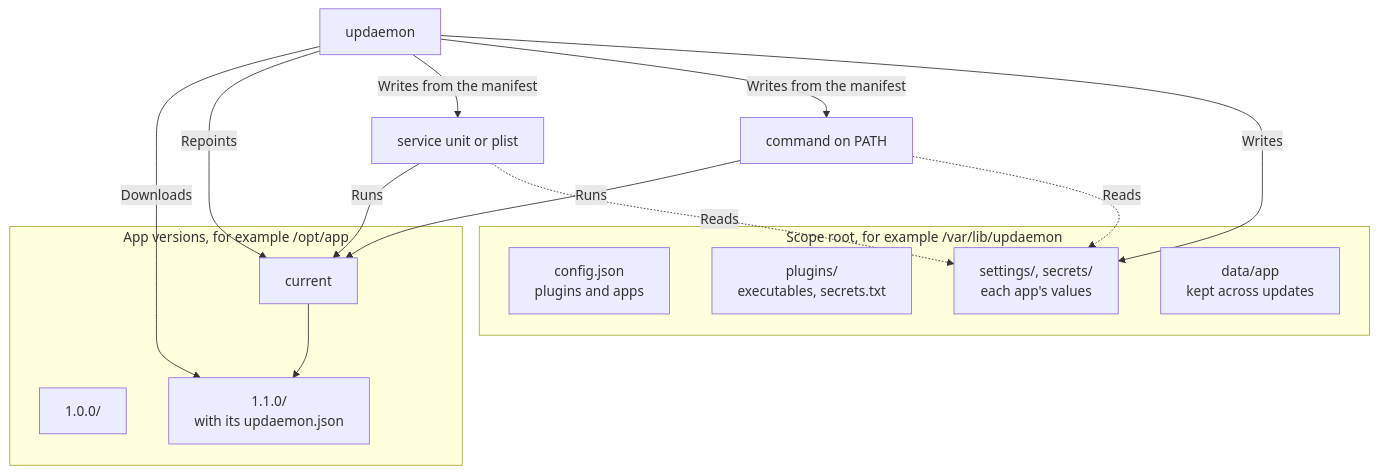
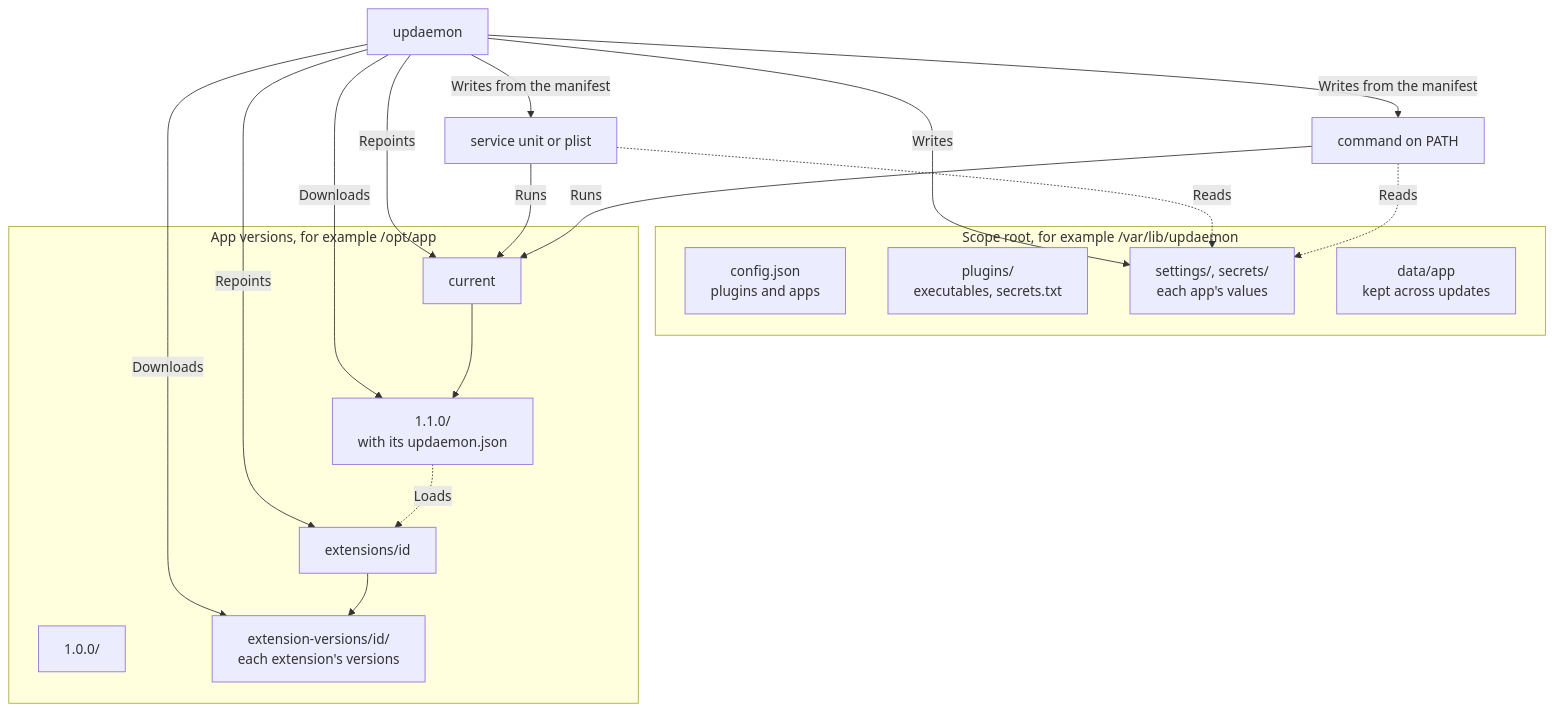
Before and after one commit to AdamTovatt/updaemon: the fourth of 5 diagrams in README.md, drawn with Mermaid. The commit also changed other lines of this file and 3 other files, not shown here.

````diff
--- a/README.md
+++ b/README.md
@@ -620,29 +707,35 @@
 ```mermaid
 graph TB
     subgraph "Scope root, for example /var/lib/updaemon"
         ConfigJson["config.json<br/>plugins and apps"]
         PluginsDir["plugins/<br/>executables, secrets.txt"]
         AppFiles["settings/, secrets/<br/>each app's values"]
         DataDir["data/app<br/>kept across updates"]
     end
 
     subgraph "App versions, for example /opt/app"
         V100["1.0.0/"]
         V110["1.1.0/<br/>with its updaemon.json"]
         Current["current"]
+        ExtensionVersions["extension-versions/id/<br/>each extension's versions"]
+        Extensions["extensions/id"]
     end
 
     Unit["service unit or plist"]
     Command["command on PATH"]
 
     Updaemon[updaemon] -->|Downloads| V110
+    Updaemon -->|Downloads| ExtensionVersions
     Updaemon -->|Repoints| Current
+    Updaemon -->|Repoints| Extensions
     Updaemon -->|Writes from the manifest| Unit
     Updaemon -->|Writes from the manifest| Command
     Updaemon -->|Writes| AppFiles
     Current --> V110
+    Extensions --> ExtensionVersions
+    V110 -.->|Loads| Extensions
     Unit -->|Runs| Current
     Command -->|Runs| Current
     Unit -.->|Reads| AppFiles
     Command -.->|Reads| AppFiles
 ```
````
